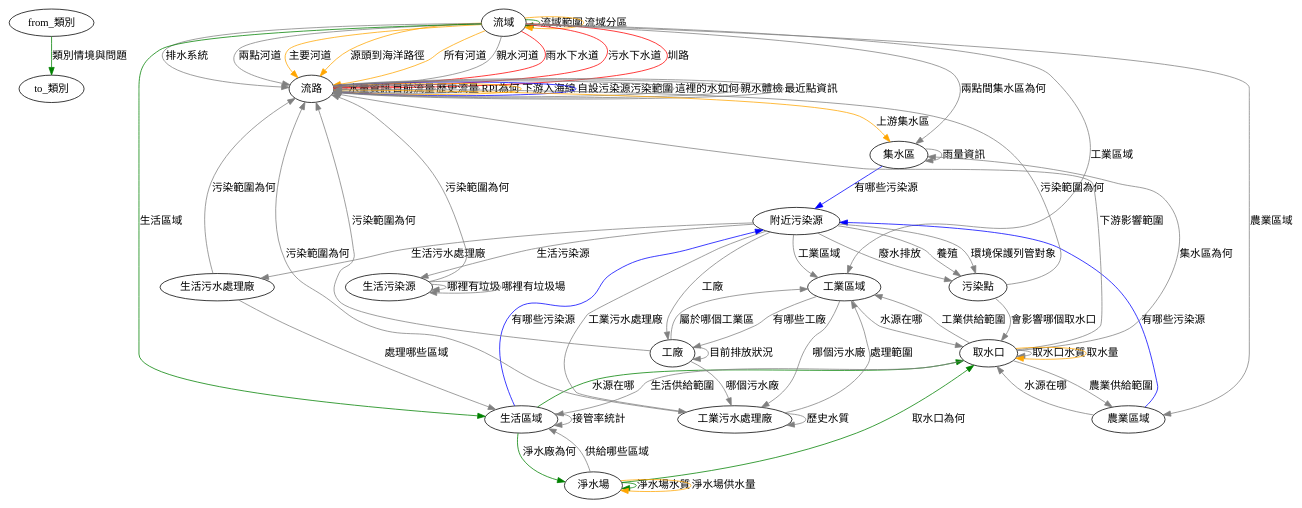
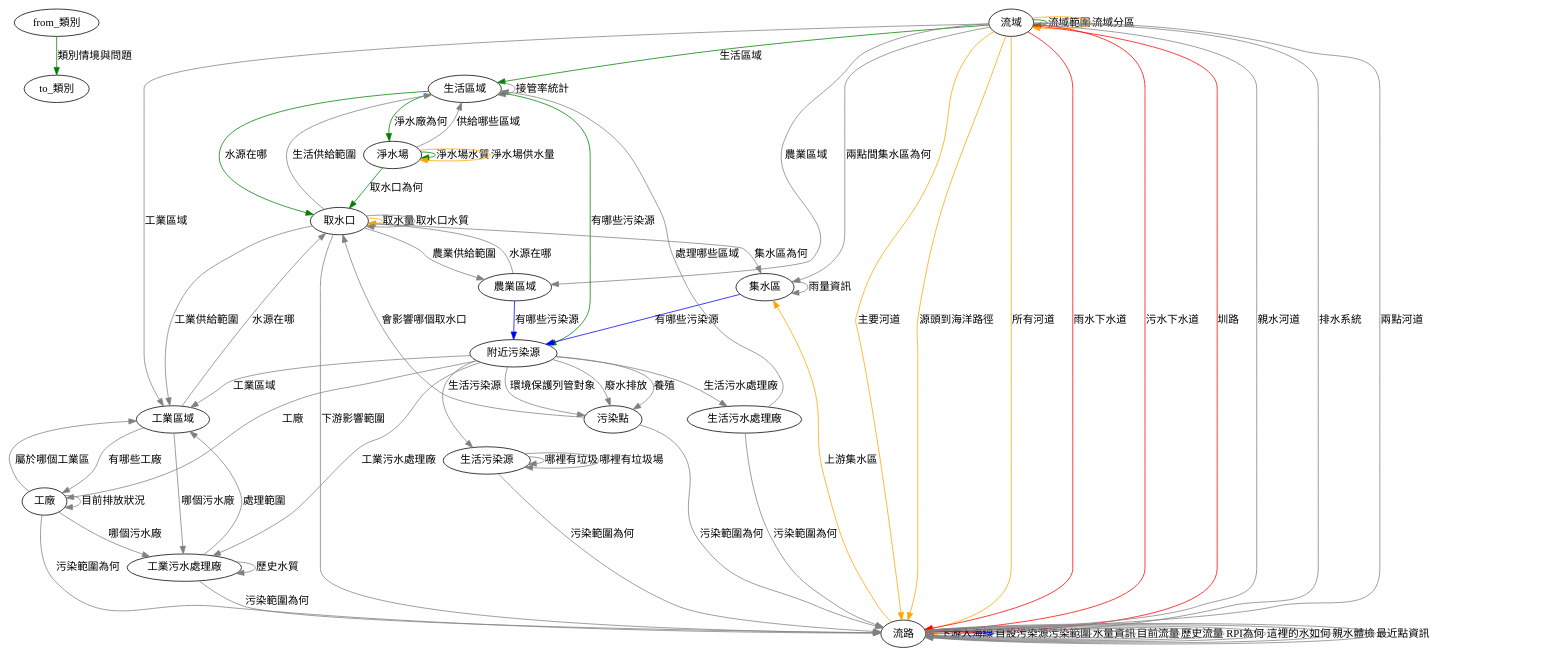
The diagram in tools/TopoTextToDot/output.dot (aga3134/SourcingWater), drawn with Graphviz before and after one commit. The commit also changed 5 other files, not shown here.

```diff
--- a/tools/TopoTextToDot/output.dot
+++ b/tools/TopoTextToDot/output.dot
@@ -1,72 +1,72 @@
 digraph G {
 	"from_類別"->"to_類別"[label="類別情境與問題",color="green",style=""]
 	"流域"->"流域"[label="流域範圍",color="green",style=""]
+	"流域"->"生活區域"[label="生活區域",color="green",style=""]
 	"流域"->"流路"[label="主要河道",color="orange",style=""]
 	"流域"->"流路"[label="源頭到海洋路徑",color="orange",style=""]
 	"流域"->"流路"[label="所有河道",color="orange",style=""]
+	"流域"->"流域"[label="流域分區",color="orange",style=""]
+	"流域"->"流路"[label="雨水下水道",color="red",style=""]
+	"流域"->"流路"[label="污水下水道",color="red",style=""]
+	"流域"->"流路"[label="圳路",color="red",style=""]
 	"流域"->"流路"[label="親水河道",color="gray",style=""]
-	"流域"->"生活區域"[label="生活區域",color="green",style=""]
 	"流域"->"農業區域"[label="農業區域",color="gray",style=""]
 	"流域"->"工業區域"[label="工業區域",color="gray",style=""]
-	"流域"->"流路"[label="雨水下水道",color="red",style=""]
-	"流域"->"流路"[label="污水下水道",color="red",style=""]
-	"流域"->"流域"[label="流域分區",color="orange",style=""]
-	"流域"->"流路"[label="圳路",color="red",style=""]
 	"流域"->"流路"[label="排水系統",color="gray",style=""]
 	"流域"->"流路"[label="兩點河道",color="gray",style=""]
 	"流域"->"集水區"[label="兩點間集水區為何",color="gray",style=""]
+	"流路"->"集水區"[label="上游集水區",color="orange",style=""]
+	"流路"->"流路"[label="下游入海線",color="orange",style=""]
+	"流路"->"流路"[label="自設污染源污染範圍",color="blue",style=""]
 	"流路"->"流路"[label="水量資訊",color="gray",style=""]
 	"流路"->"流路"[label="目前流量",color="gray",style=""]
 	"流路"->"流路"[label="歷史流量",color="gray",style=""]
 	"流路"->"流路"[label="RPI為何",color="gray",style=""]
-	"流路"->"集水區"[label="上游集水區",color="orange",style=""]
-	"流路"->"流路"[label="下游入海線",color="orange",style=""]
-	"流路"->"流路"[label="自設污染源污染範圍",color="blue",style=""]
 	"流路"->"流路"[label="這裡的水如何",color="gray",style=""]
 	"流路"->"流路"[label="親水體檢",color="gray",style=""]
 	"流路"->"流路"[label="最近點資訊",color="gray",style=""]
 	"生活區域"->"取水口"[label="水源在哪",color="green",style=""]
+	"生活區域"->"淨水場"[label="淨水廠為何",color="green",style=""]
+	"生活區域"->"附近污染源"[label="有哪些污染源",color="green",style=""]
 	"生活區域"->"生活區域"[label="接管率統計",color="gray",style=""]
-	"生活區域"->"淨水場"[label="淨水廠為何",color="green",style=""]
-	"生活區域"->"附近污染源"[label="有哪些污染源",color="blue",style=""]
+	"農業區域"->"附近污染源"[label="有哪些污染源",color="blue",style=""]
 	"農業區域"->"取水口"[label="水源在哪",color="gray",style=""]
-	"農業區域"->"附近污染源"[label="有哪些污染源",color="blue",style=""]
+	"取水口"->"取水口"[label="取水量",color="orange",style=""]
 	"取水口"->"流路"[label="下游影響範圍",color="gray",style=""]
 	"取水口"->"取水口"[label="取水口水質",color="gray",style=""]
-	"取水口"->"取水口"[label="取水量",color="orange",style=""]
 	"取水口"->"集水區"[label="集水區為何",color="gray",style=""]
 	"取水口"->"生活區域"[label="生活供給範圍",color="gray",style=""]
 	"取水口"->"農業區域"[label="農業供給範圍",color="gray",style=""]
 	"取水口"->"工業區域"[label="工業供給範圍",color="gray",style=""]
-	"淨水場"->"生活區域"[label="供給哪些區域",color="gray",style=""]
 	"淨水場"->"取水口"[label="取水口為何",color="green",style=""]
 	"淨水場"->"淨水場"[label="淨水場水質",color="green",style=""]
 	"淨水場"->"淨水場"[label="淨水場供水量",color="orange",style=""]
+	"淨水場"->"生活區域"[label="供給哪些區域",color="gray",style=""]
 	"集水區"->"附近污染源"[label="有哪些污染源",color="blue",style=""]
 	"集水區"->"集水區"[label="雨量資訊",color="gray",style=""]
 	"附近污染源"->"工廠"[label="工廠",color="gray",style=""]
 	"附近污染源"->"工業區域"[label="工業區域",color="gray",style=""]
 	"附近污染源"->"生活污染源"[label="生活污染源",color="gray",style=""]
 	"附近污染源"->"工業污水處理廠"[label="工業污水處理廠",color="gray",style=""]
 	"附近污染源"->"生活污水處理廠"[label="生活污水處理廠",color="gray",style=""]
 	"附近污染源"->"污染點"[label="環境保護列管對象",color="gray",style=""]
 	"附近污染源"->"污染點"[label="廢水排放",color="gray",style=""]
 	"附近污染源"->"污染點"[label="養殖",color="gray",style=""]
 	"工廠"->"工廠"[label="目前排放狀況",color="gray",style=""]
 	"工廠"->"流路"[label="污染範圍為何",color="gray",style=""]
 	"工廠"->"工業污水處理廠"[label="哪個污水廠",color="gray",style=""]
 	"工廠"->"工業區域"[label="屬於哪個工業區",color="gray",style=""]
 	"工業區域"->"工業污水處理廠"[label="哪個污水廠",color="gray",style=""]
 	"工業區域"->"工廠"[label="有哪些工廠",color="gray",style=""]
 	"工業區域"->"取水口"[label="水源在哪",color="gray",style=""]
 	"生活污染源"->"流路"[label="污染範圍為何",color="gray",style=""]
 	"生活污染源"->"生活污染源"[label="哪裡有垃圾",color="gray",style=""]
 	"生活污染源"->"生活污染源"[label="哪裡有垃圾場",color="gray",style=""]
 	"工業污水處理廠"->"流路"[label="污染範圍為何",color="gray",style=""]
 	"工業污水處理廠"->"工業區域"[label="處理範圍",color="gray",style=""]
 	"工業污水處理廠"->"工業污水處理廠"[label="歷史水質",color="gray",style=""]
 	"生活污水處理廠"->"流路"[label="污染範圍為何",color="gray",style=""]
 	"生活污水處理廠"->"生活區域"[label="處理哪些區域",color="gray",style=""]
 	"污染點"->"流路"[label="污染範圍為何",color="gray",style=""]
 	"污染點"->"取水口"[label="會影響哪個取水口",color="gray",style=""]
 }
```
